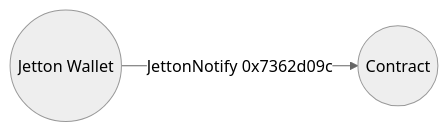
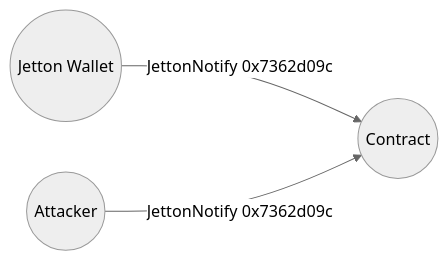
Before and after one commit to ton-blockchain/docs: the first of 4 diagrams in contract-dev/techniques/on-chain-jetton-processing.mdx, drawn with Mermaid (neutral theme). The commit also changed other lines of this file, not shown here.

Commit message:
feat(contract-dev): edit jetton processing guide to fit style guide. (#2125)

````diff
--- a/contract-dev/techniques/on-chain-jetton-processing.mdx
+++ b/contract-dev/techniques/on-chain-jetton-processing.mdx
@@ -14,4 +16,5 @@
 ```mermaid
 graph LR
 A((Jetton Wallet)) -->|JettonNotify 0x7362d09c| B((Contract))
+C((Attacker)) -->|JettonNotify 0x7362d09c| B((Contract))
 ```
````
